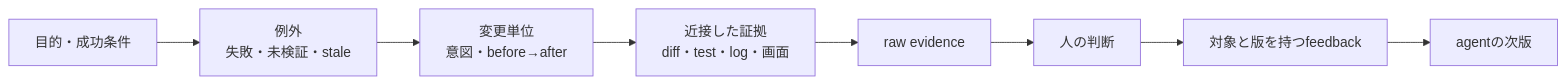
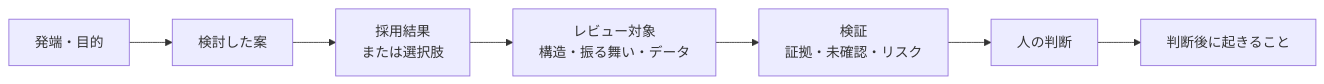
One commit to suwa-sh/zenn-contents changed the first of 2 diagrams in articles/coding-agent-human-html-review_20260807.md. Above: the diagram before and after it, drawn with Mermaid. The commit also changed other lines of this file and 1 other file, not shown here.

````diff
--- a/articles/coding-agent-human-html-review_20260807.md
+++ b/articles/coding-agent-human-html-review_20260807.md
@@ -53,10 +51,9 @@
 ```mermaid
 flowchart LR
-    A["目的・成功条件"] --> B["例外<br/>失敗・未検証・stale"]
-    B --> C["変更単位<br/>意図・before→after"]
-    C --> D["近接した証拠<br/>diff・test・log・画面"]
-    D --> E["raw evidence"]
+    A["発端・目的"] --> B["検討した案"]
+    B --> C["採用結果<br/>または選択肢"]
+    C --> D["レビュー対象<br/>構造・振る舞い・データ"]
+    D --> E["検証<br/>証拠・未確認・リスク"]
     E --> F["人の判断"]
-    F --> G["対象と版を持つfeedback"]
-    G --> H["agentの次版"]
+    F --> G["判断後に起きること"]
 ```
````
